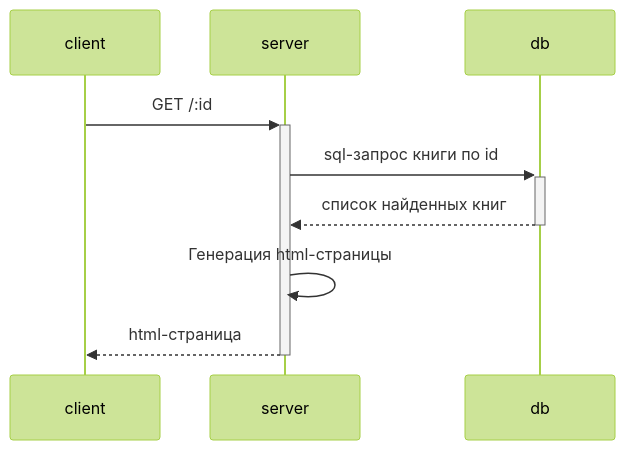
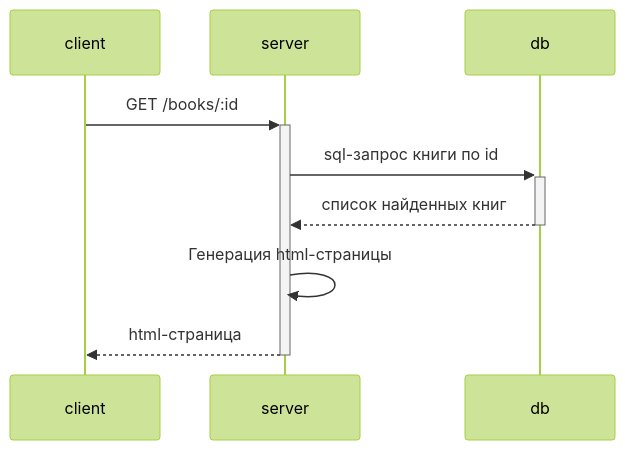
Before and after one commit to Ergorium/Web-technology-3c-6s: the diagram in documentation/diagrams/sequenceDiagrams/book.get.id.md, drawn with Mermaid (forest theme). The commit also changed 3 other files, not shown here.

Commit message:
fix sequence diagrams

````diff
--- a/documentation/diagrams/sequenceDiagrams/book.get.id.md
+++ b/documentation/diagrams/sequenceDiagrams/book.get.id.md
@@ -3,11 +3,11 @@
 ```mermaid
 sequenceDiagram;
 	participant client
 	participant server
 	participant db
-	client->>+server: GET /:id
+	client->>+server: GET /books/:id
   server->>+db: sql-запрос книги по id
   db-->>-server: список найденных книг
   server->>server: Генерация html-страницы
   server-->>-client: html-страница
 ```
````
